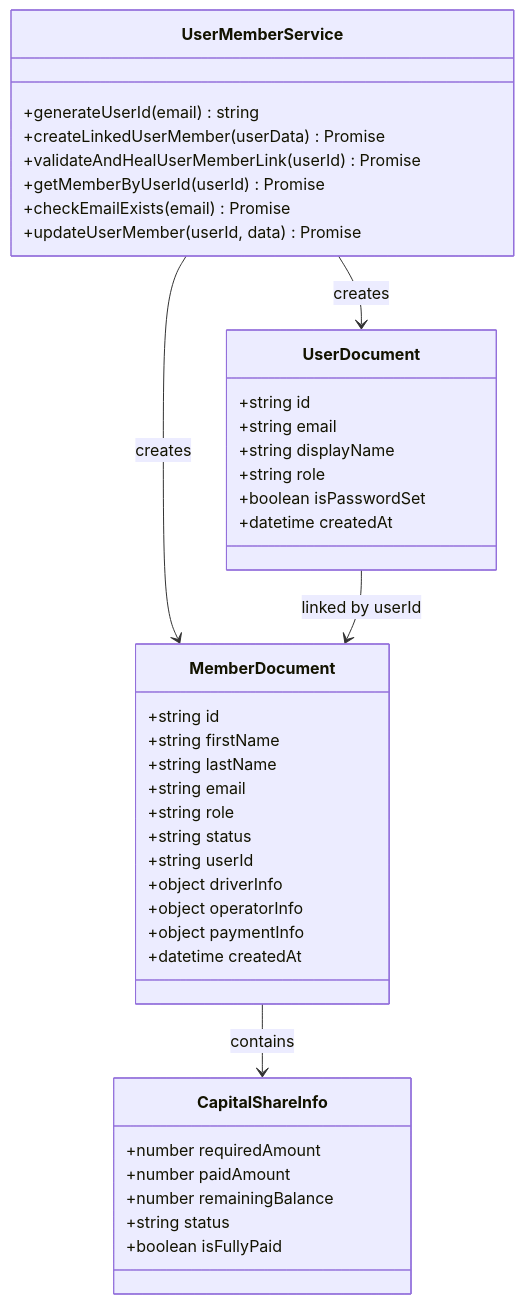
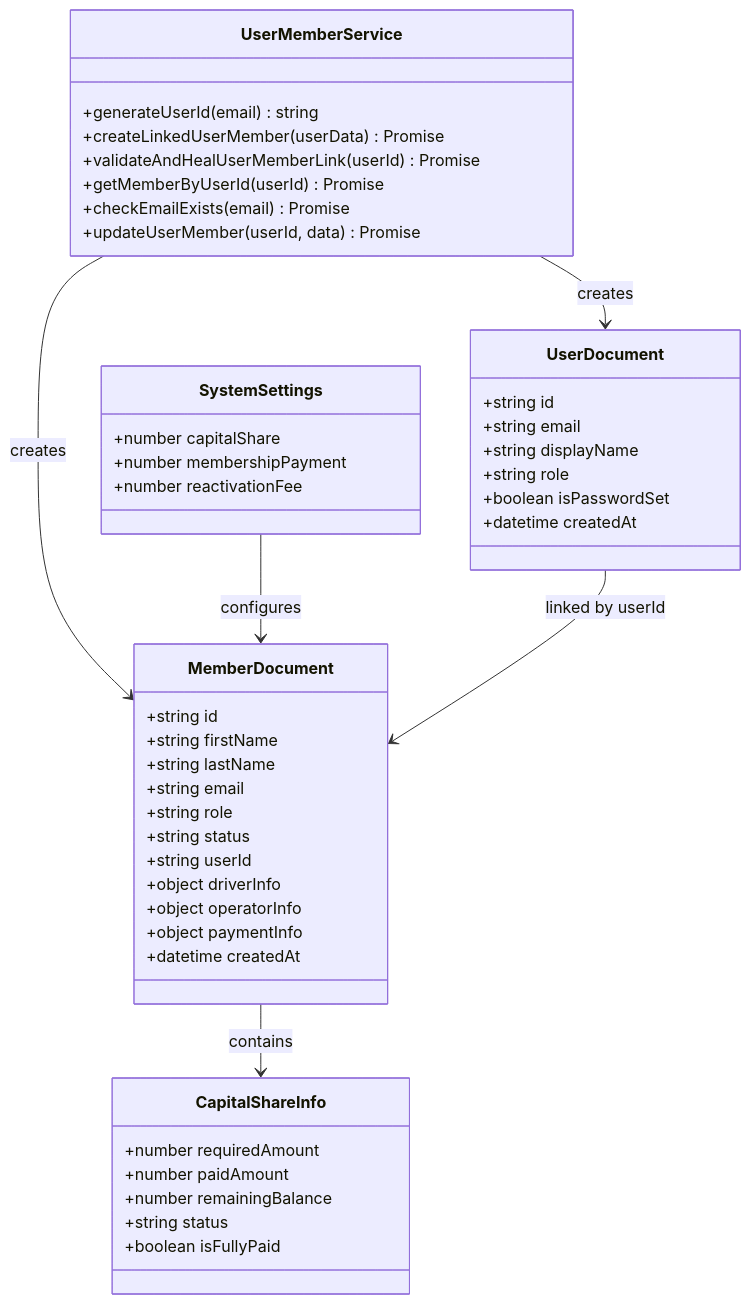
The tenth of 18 diagrams in .qoder/repowiki/en/content/Project Overview/Core Features & Functionality/Administrative Features/Capital Shares Management System.md (Unsure-bry/sampacoop_system), drawn with Mermaid before and after one commit. The commit also changed other lines of this file and 5 other files, not shown here.

````diff
--- a/.qoder/repowiki/en/content/Project Overview/Core Features & Functionality/Administrative Features/Capital Shares Management System.md
+++ b/.qoder/repowiki/en/content/Project Overview/Core Features & Functionality/Administrative Features/Capital Shares Management System.md
@@ -422,43 +548,49 @@
 ```mermaid
 classDiagram
 class UserMemberService {
 +generateUserId(email) string
 +createLinkedUserMember(userData) Promise
 +validateAndHealUserMemberLink(userId) Promise
 +getMemberByUserId(userId) Promise
 +checkEmailExists(email) Promise
 +updateUserMember(userId, data) Promise
 }
 class UserDocument {
 +string id
 +string email
 +string displayName
 +string role
 +boolean isPasswordSet
 +datetime createdAt
 }
 class MemberDocument {
 +string id
 +string firstName
 +string lastName
 +string email
 +string role
 +string status
 +string userId
 +object driverInfo
 +object operatorInfo
 +object paymentInfo
 +datetime createdAt
 }
 class CapitalShareInfo {
 +number requiredAmount
 +number paidAmount
 +number remainingBalance
 +string status
 +boolean isFullyPaid
 }
+class SystemSettings {
++number capitalShare
++number membershipPayment
++number reactivationFee
+}
 UserMemberService --> UserDocument : creates
 UserMemberService --> MemberDocument : creates
 MemberDocument --> CapitalShareInfo : contains
+SystemSettings --> MemberDocument : configures
 UserDocument --> MemberDocument : linked by userId
 ```
````
